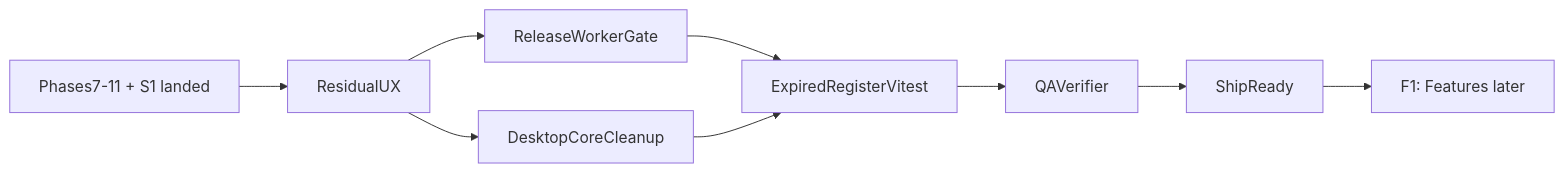
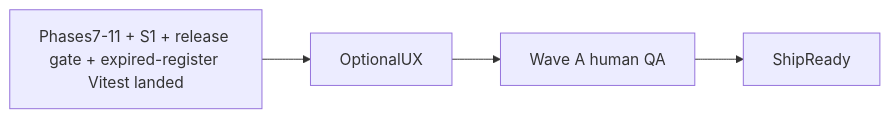
One commit to WaiYanTunOo/SkyAdmin-Pro changed the diagram in docs/MASTER_ROADMAP.md. Above: the diagram before and after it, drawn with Mermaid. The commit also changed other lines of this file and 3 other files, not shown here.

````diff
--- a/docs/MASTER_ROADMAP.md
+++ b/docs/MASTER_ROADMAP.md
@@ -534,11 +534,6 @@
 ```mermaid
 flowchart LR
-    done[Phases7-11 + S1 landed] --> residual[ResidualUX]
-    residual --> releaseCI[ReleaseWorkerGate]
-    residual --> core[DesktopCoreCleanup]
-    releaseCI --> workerGap[ExpiredRegisterVitest]
-    core --> workerGap
-    workerGap --> qa[QAVerifier]
+    done[Phases7-11 + S1 + release gate + expired-register Vitest landed] --> residual[OptionalUX]
+    residual --> qa[Wave A human QA]
     qa --> ship[ShipReady]
-    ship --> F1[F1: Features later]
 ```
````
